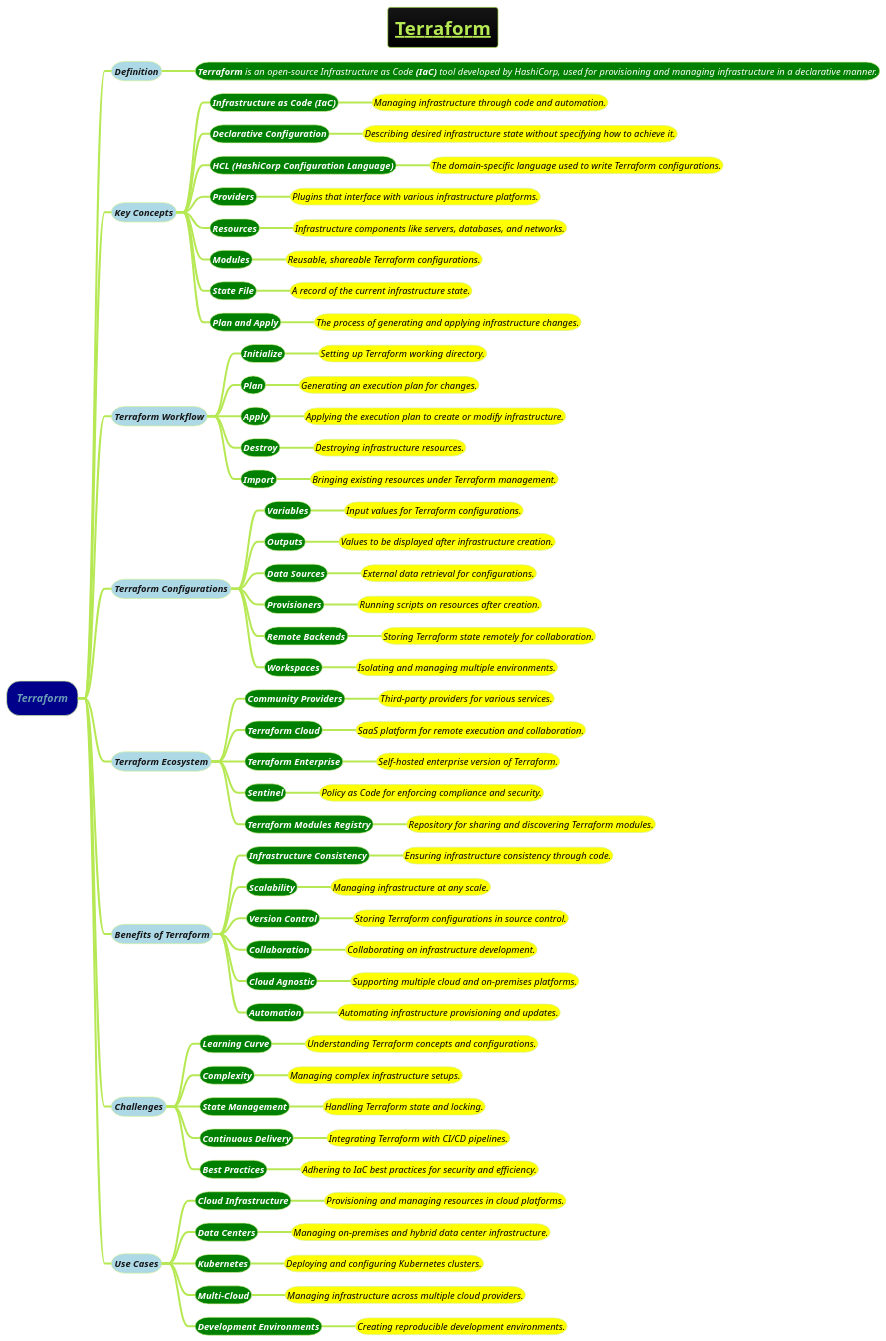
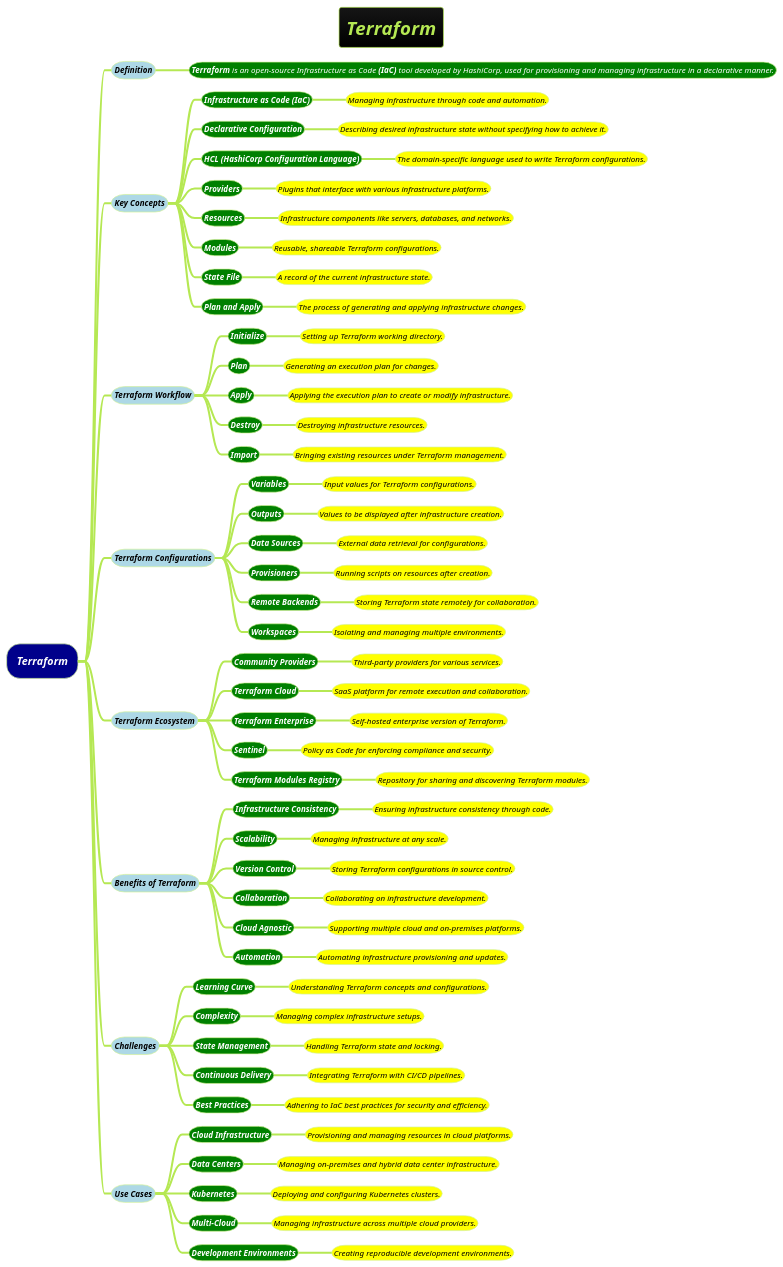
One commit to MehmoodHashmi/Documentation-as-Code-DaC changed the diagram in docs/3-devops/devops-plantuml-mindmap/Terraform.puml. Above: the diagram before and after it, drawn with PlantUML. The commit also changed 2 other files, not shown here.

```diff
--- a/docs/3-devops/devops-plantuml-mindmap/Terraform.puml
+++ b/docs/3-devops/devops-plantuml-mindmap/Terraform.puml
@@ -1,103 +1,103 @@
 @startmindmap
-title =__Terraform__
+title =<i>Terraform
 !theme hacker
 
-*[#darkblue] <i>Terraform
-**[#lightblue] <i><color #blac><size:14>Definition
-***[#green] <i><color #white><size:14>**Terraform** is an open-source Infrastructure as Code **(IaC)** tool developed by HashiCorp, used for provisioning and managing infrastructure in a declarative manner.
+*[#darkblue] <i><color #white>Terraform
+**[#lightblue] <i><color #black><size:12>Definition
+***[#green] <i><color #white><size:12>**Terraform** is an open-source Infrastructure as Code **(IaC)** tool developed by HashiCorp, used for provisioning and managing infrastructure in a declarative manner.
 
-**[#lightblue] <i><color #blac><size:14>Key Concepts
-***[#green] <b><i><color #white><size:14>Infrastructure as Code **(IaC)**
-****[#yellow] <i><color #black><size:14>Managing infrastructure through code and automation.
-***[#green] <b><i><color #white><size:14>Declarative Configuration
-****[#yellow] <i><color #black><size:14>Describing desired infrastructure state without specifying how to achieve it.
-***[#green] <b><i><color #white><size:14>HCL **(HashiCorp Configuration Language)**
-****[#yellow] <i><color #black><size:14>The domain-specific language used to write Terraform configurations.
-***[#green] <b><i><color #white><size:14>Providers
-****[#yellow] <i><color #black><size:14>Plugins that interface with various infrastructure platforms.
-***[#green] <b><i><color #white><size:14>Resources
-****[#yellow] <i><color #black><size:14>Infrastructure components like servers, databases, and networks.
-***[#green] <b><i><color #white><size:14>Modules
-****[#yellow] <i><color #black><size:14>Reusable, shareable Terraform configurations.
-***[#green] <b><i><color #white><size:14>State File
-****[#yellow] <i><color #black><size:14>A record of the current infrastructure state.
-***[#green] <b><i><color #white><size:14>Plan and Apply
-****[#yellow] <i><color #black><size:14>The process of generating and applying infrastructure changes.
+**[#lightblue] <i><color #black><size:12>Key Concepts
+***[#green] <b><i><color #white><size:12>Infrastructure as Code **(IaC)**
+****[#yellow] <i><color #black><size:12>Managing infrastructure through code and automation.
+***[#green] <b><i><color #white><size:12>Declarative Configuration
+****[#yellow] <i><color #black><size:12>Describing desired infrastructure state without specifying how to achieve it.
+***[#green] <b><i><color #white><size:12>HCL **(HashiCorp Configuration Language)**
+****[#yellow] <i><color #black><size:12>The domain-specific language used to write Terraform configurations.
+***[#green] <b><i><color #white><size:12>Providers
+****[#yellow] <i><color #black><size:12>Plugins that interface with various infrastructure platforms.
+***[#green] <b><i><color #white><size:12>Resources
+****[#yellow] <i><color #black><size:12>Infrastructure components like servers, databases, and networks.
+***[#green] <b><i><color #white><size:12>Modules
+****[#yellow] <i><color #black><size:12>Reusable, shareable Terraform configurations.
+***[#green] <b><i><color #white><size:12>State File
+****[#yellow] <i><color #black><size:12>A record of the current infrastructure state.
+***[#green] <b><i><color #white><size:12>Plan and Apply
+****[#yellow] <i><color #black><size:12>The process of generating and applying infrastructure changes.
 
-**[#lightblue] <i><color #blac><size:14>Terraform Workflow
-***[#green] <b><i><color #white><size:14>Initialize
-****[#yellow] <i><color #black><size:14>Setting up Terraform working directory.
-***[#green] <b><i><color #white><size:14>Plan
-****[#yellow] <i><color #black><size:14>Generating an execution plan for changes.
-***[#green] <b><i><color #white><size:14>Apply
-****[#yellow] <i><color #black><size:14>Applying the execution plan to create or modify infrastructure.
-***[#green] <b><i><color #white><size:14>Destroy
-****[#yellow] <i><color #black><size:14>Destroying infrastructure resources.
-***[#green] <b><i><color #white><size:14>Import
-****[#yellow] <i><color #black><size:14>Bringing existing resources under Terraform management.
+**[#lightblue] <i><color #black><size:12>Terraform Workflow
+***[#green] <b><i><color #white><size:12>Initialize
+****[#yellow] <i><color #black><size:12>Setting up Terraform working directory.
+***[#green] <b><i><color #white><size:12>Plan
+****[#yellow] <i><color #black><size:12>Generating an execution plan for changes.
+***[#green] <b><i><color #white><size:12>Apply
+****[#yellow] <i><color #black><size:12>Applying the execution plan to create or modify infrastructure.
+***[#green] <b><i><color #white><size:12>Destroy
+****[#yellow] <i><color #black><size:12>Destroying infrastructure resources.
+***[#green] <b><i><color #white><size:12>Import
+****[#yellow] <i><color #black><size:12>Bringing existing resources under Terraform management.
 
-**[#lightblue] <i><color #blac><size:14>Terraform Configurations
-***[#green] <b><i><color #white><size:14>Variables
-****[#yellow] <i><color #black><size:14>Input values for Terraform configurations.
-***[#green] <b><i><color #white><size:14>Outputs
-****[#yellow] <i><color #black><size:14>Values to be displayed after infrastructure creation.
-***[#green] <b><i><color #white><size:14>Data Sources
-****[#yellow] <i><color #black><size:14>External data retrieval for configurations.
-***[#green] <b><i><color #white><size:14>Provisioners
-****[#yellow] <i><color #black><size:14>Running scripts on resources after creation.
-***[#green] <b><i><color #white><size:14>Remote Backends
-****[#yellow] <i><color #black><size:14>Storing Terraform state remotely for collaboration.
-***[#green] <b><i><color #white><size:14>Workspaces
-****[#yellow] <i><color #black><size:14>Isolating and managing multiple environments.
+**[#lightblue] <i><color #black><size:12>Terraform Configurations
+***[#green] <b><i><color #white><size:12>Variables
+****[#yellow] <i><color #black><size:12>Input values for Terraform configurations.
+***[#green] <b><i><color #white><size:12>Outputs
+****[#yellow] <i><color #black><size:12>Values to be displayed after infrastructure creation.
+***[#green] <b><i><color #white><size:12>Data Sources
+****[#yellow] <i><color #black><size:12>External data retrieval for configurations.
+***[#green] <b><i><color #white><size:12>Provisioners
+****[#yellow] <i><color #black><size:12>Running scripts on resources after creation.
+***[#green] <b><i><color #white><size:12>Remote Backends
+****[#yellow] <i><color #black><size:12>Storing Terraform state remotely for collaboration.
+***[#green] <b><i><color #white><size:12>Workspaces
+****[#yellow] <i><color #black><size:12>Isolating and managing multiple environments.
 
-**[#lightblue] <i><color #blac><size:14>Terraform Ecosystem
-***[#green] <b><i><color #white><size:14>Community Providers
-****[#yellow] <i><color #black><size:14>Third-party providers for various services.
-***[#green] <b><i><color #white><size:14>Terraform Cloud
-****[#yellow] <i><color #black><size:14>SaaS platform for remote execution and collaboration.
-***[#green] <b><i><color #white><size:14>Terraform Enterprise
-****[#yellow] <i><color #black><size:14>Self-hosted enterprise version of Terraform.
-***[#green] <b><i><color #white><size:14>Sentinel
-****[#yellow] <i><color #black><size:14>Policy as Code for enforcing compliance and security.
-***[#green] <b><i><color #white><size:14>Terraform Modules Registry
-****[#yellow] <i><color #black><size:14>Repository for sharing and discovering Terraform modules.
+**[#lightblue] <i><color #black><size:12>Terraform Ecosystem
+***[#green] <b><i><color #white><size:12>Community Providers
+****[#yellow] <i><color #black><size:12>Third-party providers for various services.
+***[#green] <b><i><color #white><size:12>Terraform Cloud
+****[#yellow] <i><color #black><size:12>SaaS platform for remote execution and collaboration.
+***[#green] <b><i><color #white><size:12>Terraform Enterprise
+****[#yellow] <i><color #black><size:12>Self-hosted enterprise version of Terraform.
+***[#green] <b><i><color #white><size:12>Sentinel
+****[#yellow] <i><color #black><size:12>Policy as Code for enforcing compliance and security.
+***[#green] <b><i><color #white><size:12>Terraform Modules Registry
+****[#yellow] <i><color #black><size:12>Repository for sharing and discovering Terraform modules.
 
-**[#lightblue] <i><color #blac><size:14>Benefits of Terraform
-***[#green] <b><i><color #white><size:14>Infrastructure Consistency
-****[#yellow] <i><color #black><size:14>Ensuring infrastructure consistency through code.
-***[#green] <b><i><color #white><size:14>Scalability
-****[#yellow] <i><color #black><size:14>Managing infrastructure at any scale.
-***[#green] <b><i><color #white><size:14>Version Control
-****[#yellow] <i><color #black><size:14>Storing Terraform configurations in source control.
-***[#green] <b><i><color #white><size:14>Collaboration
-****[#yellow] <i><color #black><size:14>Collaborating on infrastructure development.
-***[#green] <b><i><color #white><size:14>Cloud Agnostic
-****[#yellow] <i><color #black><size:14>Supporting multiple cloud and on-premises platforms.
-***[#green] <b><i><color #white><size:14>Automation
-****[#yellow] <i><color #black><size:14>Automating infrastructure provisioning and updates.
+**[#lightblue] <i><color #black><size:12>Benefits of Terraform
+***[#green] <b><i><color #white><size:12>Infrastructure Consistency
+****[#yellow] <i><color #black><size:12>Ensuring infrastructure consistency through code.
+***[#green] <b><i><color #white><size:12>Scalability
+****[#yellow] <i><color #black><size:12>Managing infrastructure at any scale.
+***[#green] <b><i><color #white><size:12>Version Control
+****[#yellow] <i><color #black><size:12>Storing Terraform configurations in source control.
+***[#green] <b><i><color #white><size:12>Collaboration
+****[#yellow] <i><color #black><size:12>Collaborating on infrastructure development.
+***[#green] <b><i><color #white><size:12>Cloud Agnostic
+****[#yellow] <i><color #black><size:12>Supporting multiple cloud and on-premises platforms.
+***[#green] <b><i><color #white><size:12>Automation
+****[#yellow] <i><color #black><size:12>Automating infrastructure provisioning and updates.
 
-**[#lightblue] <i><color #blac><size:14>Challenges
-***[#green] <b><i><color #white><size:14>Learning Curve
-****[#yellow] <i><color #black><size:14>Understanding Terraform concepts and configurations.
-***[#green] <b><i><color #white><size:14>Complexity
-****[#yellow] <i><color #black><size:14>Managing complex infrastructure setups.
-***[#green] <b><i><color #white><size:14>State Management
-****[#yellow] <i><color #black><size:14>Handling Terraform state and locking.
-***[#green] <b><i><color #white><size:14>Continuous Delivery
-****[#yellow] <i><color #black><size:14>Integrating Terraform with CI/CD pipelines.
-***[#green] <b><i><color #white><size:14>Best Practices
-****[#yellow] <i><color #black><size:14>Adhering to IaC best practices for security and efficiency.
+**[#lightblue] <i><color #black><size:12>Challenges
+***[#green] <b><i><color #white><size:12>Learning Curve
+****[#yellow] <i><color #black><size:12>Understanding Terraform concepts and configurations.
+***[#green] <b><i><color #white><size:12>Complexity
+****[#yellow] <i><color #black><size:12>Managing complex infrastructure setups.
+***[#green] <b><i><color #white><size:12>State Management
+****[#yellow] <i><color #black><size:12>Handling Terraform state and locking.
+***[#green] <b><i><color #white><size:12>Continuous Delivery
+****[#yellow] <i><color #black><size:12>Integrating Terraform with CI/CD pipelines.
+***[#green] <b><i><color #white><size:12>Best Practices
+****[#yellow] <i><color #black><size:12>Adhering to IaC best practices for security and efficiency.
 
-**[#lightblue] <i><color #blac><size:14>Use Cases
-***[#green] <b><i><color #white><size:14>Cloud Infrastructure
-****[#yellow] <i><color #black><size:14>Provisioning and managing resources in cloud platforms.
-***[#green] <b><i><color #white><size:14>Data Centers
-****[#yellow] <i><color #black><size:14>Managing on-premises and hybrid data center infrastructure.
-***[#green] <b><i><color #white><size:14>Kubernetes
-****[#yellow] <i><color #black><size:14>Deploying and configuring Kubernetes clusters.
-***[#green] <b><i><color #white><size:14>Multi-Cloud
-****[#yellow] <i><color #black><size:14>Managing infrastructure across multiple cloud providers.
-***[#green] <b><i><color #white><size:14>Development Environments
-****[#yellow] <i><color #black><size:14>Creating reproducible development environments.
+**[#lightblue] <i><color #black><size:12>Use Cases
+***[#green] <b><i><color #white><size:12>Cloud Infrastructure
+****[#yellow] <i><color #black><size:12>Provisioning and managing resources in cloud platforms.
+***[#green] <b><i><color #white><size:12>Data Centers
+****[#yellow] <i><color #black><size:12>Managing on-premises and hybrid data center infrastructure.
+***[#green] <b><i><color #white><size:12>Kubernetes
+****[#yellow] <i><color #black><size:12>Deploying and configuring Kubernetes clusters.
+***[#green] <b><i><color #white><size:12>Multi-Cloud
+****[#yellow] <i><color #black><size:12>Managing infrastructure across multiple cloud providers.
+***[#green] <b><i><color #white><size:12>Development Environments
+****[#yellow] <i><color #black><size:12>Creating reproducible development environments.
 
 @endmindmap
```
